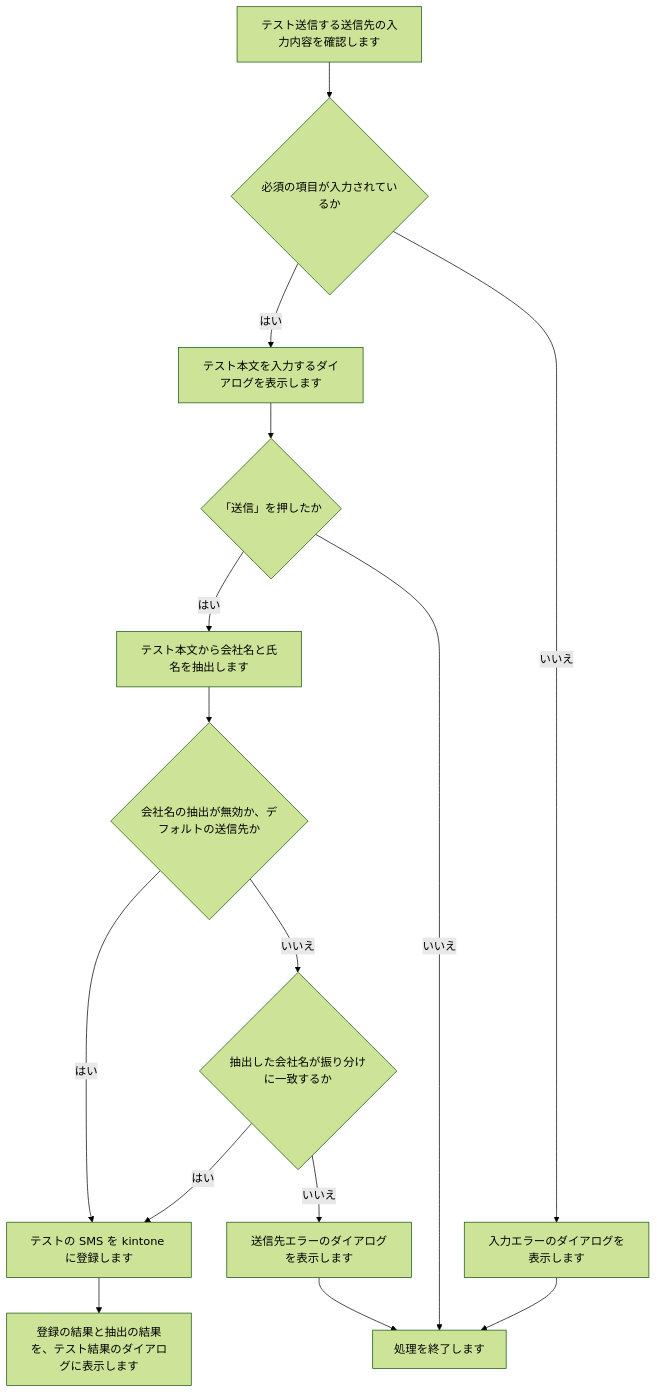
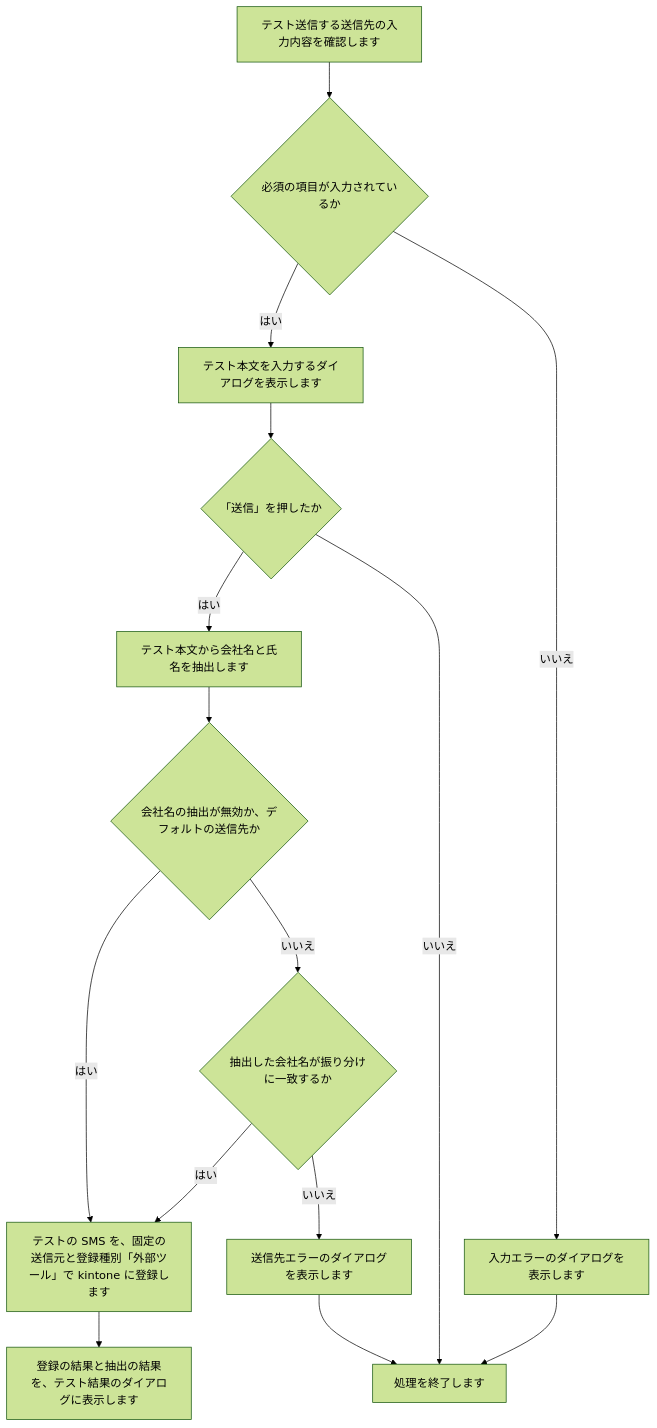
One commit to nishida2073/project_management changed diagram 11 of 34 in tool/smstokintone/doc/02_設計/処理フロー.md. Above: the diagram before and after it, drawn with Mermaid (forest theme). The commit also changed other lines of this file and 5 other files, not shown here.

````diff
--- a/tool/smstokintone/doc/02_設計/処理フロー.md
+++ b/tool/smstokintone/doc/02_設計/処理フロー.md
@@ -186,13 +180,13 @@
 ```mermaid
 flowchart TD
   A["テスト送信する送信先の入力内容を確認します"] --> B{"必須の項目が入力されているか"}
   B -- はい --> E["テスト本文を入力するダイアログを表示します"] --> F{"「送信」を押したか"}
   B -- いいえ --> C["入力エラーのダイアログを表示します"] --> D["処理を終了します"]
   F -- はい --> G["テスト本文から会社名と氏名を抽出します"] --> H{"会社名の抽出が無効か、デフォルトの送信先か"}
   F -- いいえ --> D
-  H -- はい --> J["テストの SMS を kintone に登録します"]
+  H -- はい --> J["テストの SMS を、固定の送信元と登録種別「外部ツール」で kintone に登録します"]
   H -- いいえ --> I{"抽出した会社名が振り分けに一致するか"}
   I -- はい --> J
   I -- いいえ --> K["送信先エラーのダイアログを表示します"] --> D
   J --> L["登録の結果と抽出の結果を、テスト結果のダイアログに表示します"]
 ```
````
